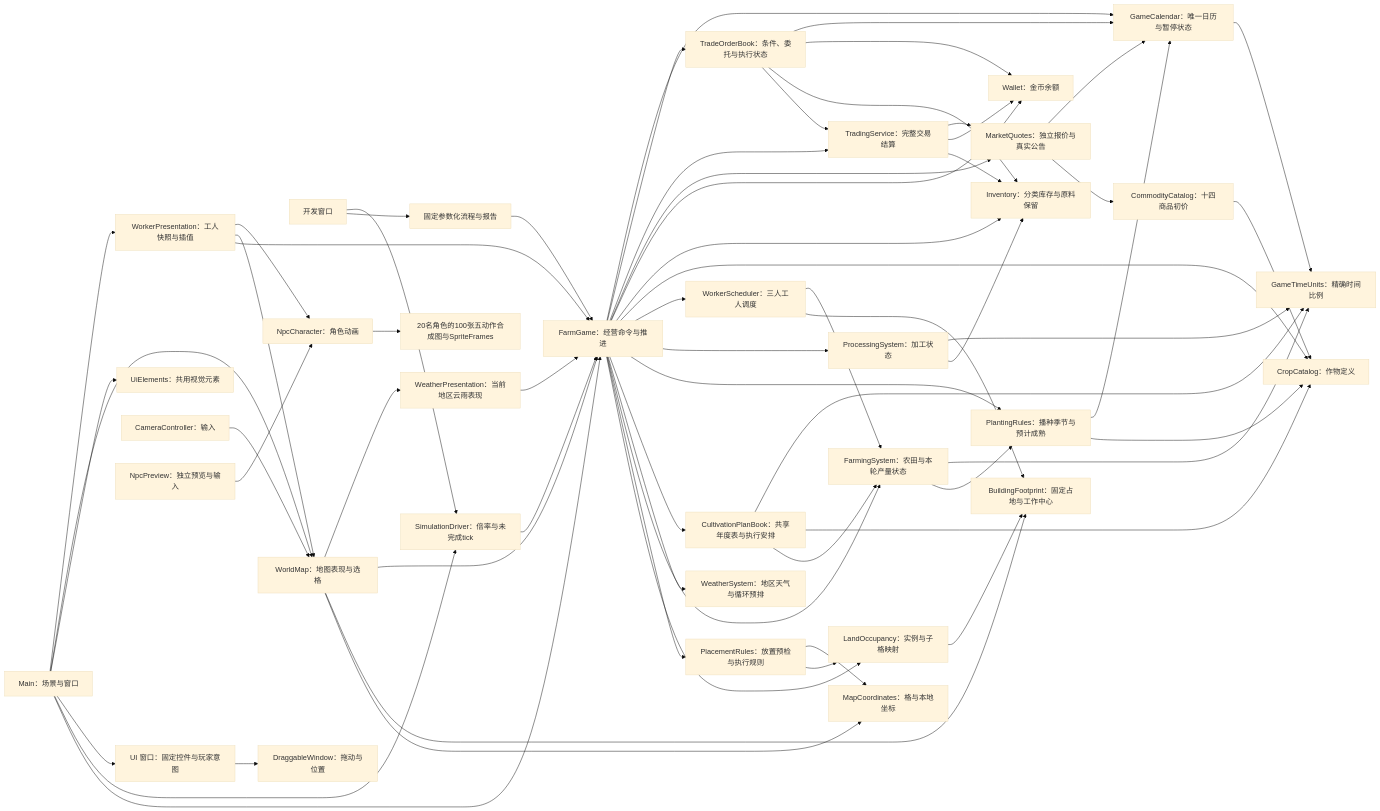
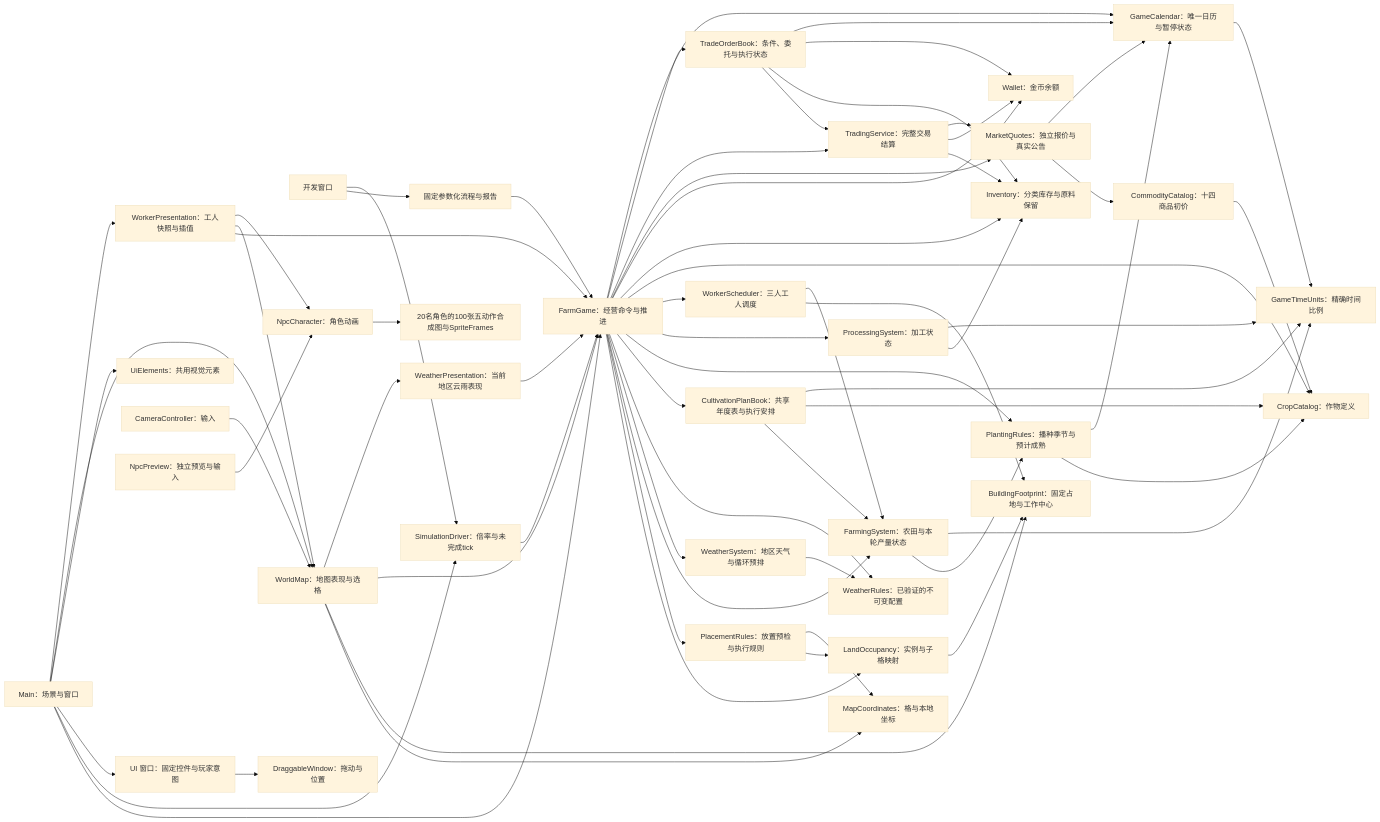
One commit to Fotally/Farm-Exchange changed the diagram in docs/architecture/implementation-system-organization.md. Above: the diagram before and after it, drawn with Mermaid (base theme). The commit also changed other lines of this file and 22 other files, not shown here.

````diff
--- a/docs/architecture/implementation-system-organization.md
+++ b/docs/architecture/implementation-system-organization.md
@@ -5,65 +5,67 @@
 ```mermaid
 flowchart LR
     Main[Main：场景与窗口] --> FarmGame[FarmGame：经营命令与推进]
     Main --> Driver[SimulationDriver：倍率与未完成tick]
     Driver --> FarmGame
     DeveloperWindow[开发窗口] --> Scenario[固定参数化流程与报告]
     Scenario --> FarmGame
     DeveloperWindow --> Driver
     Main --> UiWindows[UI 窗口：固定控件与玩家意图]
     UiWindows --> DragWindow[DraggableWindow：拖动与位置]
     Main --> UiStyle[UiElements：共用视觉元素]
     Main --> WorldMap[WorldMap：地图表现与选格]
     Main --> WorkerPresentation[WorkerPresentation：工人快照与插值]
     WorkerPresentation --> FarmGame
     WorkerPresentation --> WorldMap
     WorkerPresentation --> NpcCharacter[NpcCharacter：角色动画]
     Camera[CameraController：输入] --> WorldMap
     WorldMap --> MapCoordinates[MapCoordinates：格与本地坐标]
     WorldMap --> Footprint
     WorldMap --> FarmGame
     FarmGame --> LandOccupancy[LandOccupancy：实例与子格映射]
     LandOccupancy --> Footprint[BuildingFootprint：固定占地与工作中心]
     WorkerScheduler --> Footprint
     FarmGame --> PlacementRules[PlacementRules：放置预检与执行规则]
     PlacementRules --> LandOccupancy
     PlacementRules --> MapCoordinates
     FarmGame --> FarmingSystem[FarmingSystem：农田与本轮产量状态]
     FarmGame --> WeatherSystem[WeatherSystem：地区天气与循环预排]
+    FarmGame --> WeatherRules[WeatherRules：已验证的不可变配置]
+    WeatherSystem --> WeatherRules
     WorldMap --> WeatherPresentation[WeatherPresentation：当前地区云雨表现]
     WeatherPresentation --> FarmGame
     FarmGame --> Cultivation[CultivationPlanBook：共享年度表与执行安排]
     Cultivation --> FarmingSystem
     Cultivation --> CropCatalog
     Cultivation --> GameTimeUnits
     FarmGame --> PlantingRules[PlantingRules：播种季节与预计成熟]
     FarmGame --> ProcessingSystem[ProcessingSystem：加工状态]
     FarmGame --> WorkerScheduler[WorkerScheduler：三人工人调度]
     WorkerScheduler --> FarmingSystem
     FarmingSystem --> PlantingRules
     PlantingRules --> CropCatalog
     PlantingRules --> GameCalendar
     FarmGame --> CropCatalog[CropCatalog：作物定义]
     FarmGame --> Inventory[Inventory：分类库存与原料保留]
     ProcessingSystem --> Inventory
     FarmGame --> Wallet[Wallet：金币余额]
     FarmGame --> Market[MarketQuotes：独立报价与真实公告]
     FarmGame --> Trading[TradingService：完整交易结算]
     Trading --> Inventory
     Trading --> Wallet
     Trading --> Market
     FarmGame --> Orders[TradeOrderBook：条件、委托与执行状态]
     Orders --> Trading
     Orders --> Inventory
     Orders --> Wallet
     Orders --> GameCalendar
     Market --> CommodityCatalog[CommodityCatalog：十四商品初价]
     CommodityCatalog --> CropCatalog
     Market --> GameCalendar
     FarmGame --> GameCalendar[GameCalendar：唯一日历与暂停状态]
     FarmingSystem --> GameTimeUnits[GameTimeUnits：精确时间比例]
     ProcessingSystem --> GameTimeUnits
     GameCalendar --> GameTimeUnits
     NpcPreview[NpcPreview：独立预览与输入] --> NpcCharacter
     NpcCharacter --> NpcSheets[20名角色的100张五动作合成图与SpriteFrames]
 ```
````
